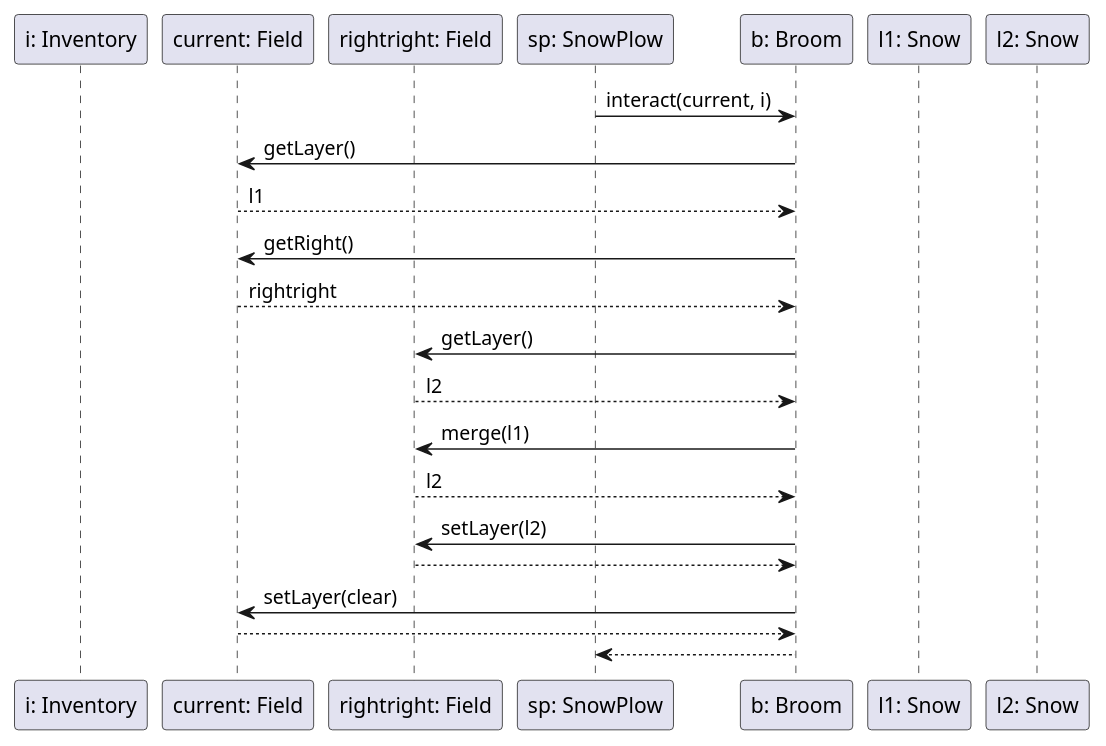
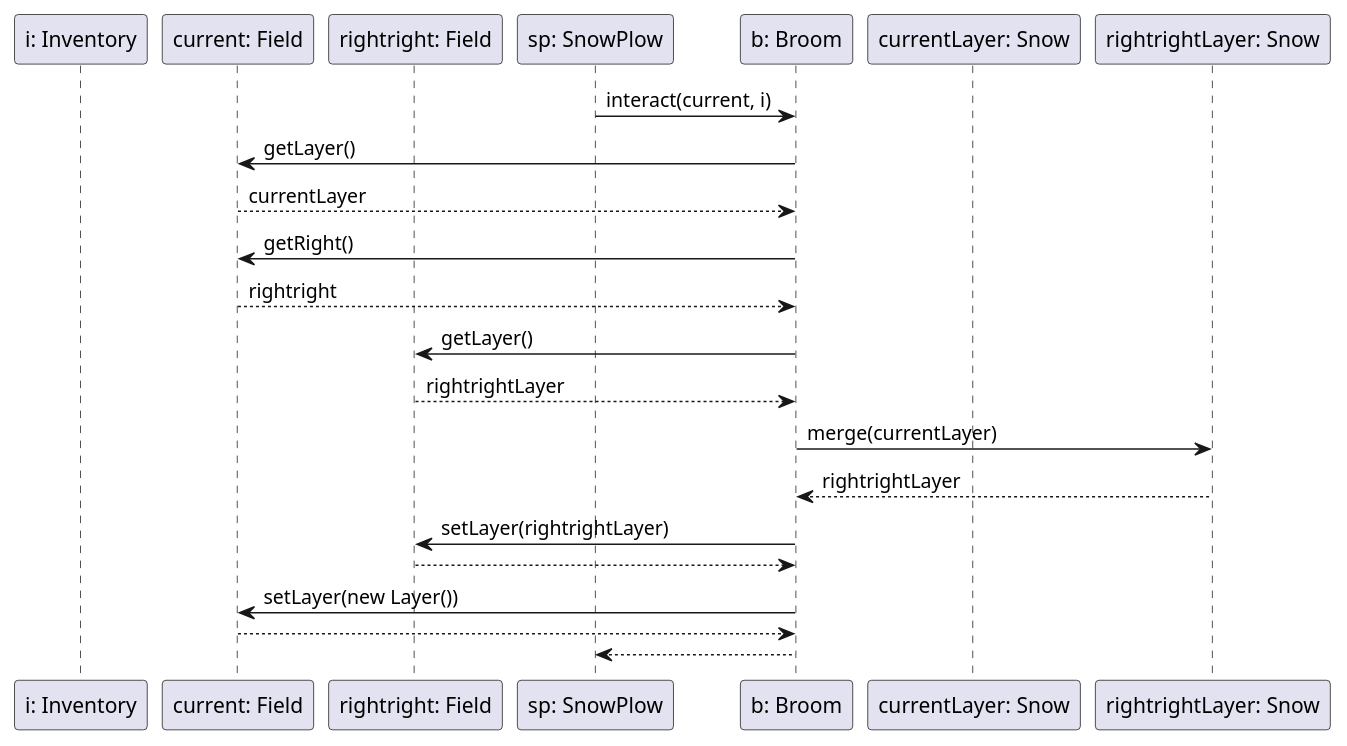
One commit to uhrinandor/spring changed the diagram in docs/analizis1/sequence/broom_fej_interact.plantuml. Above: the diagram before and after it, drawn with PlantUML. The commit also changed 7 other files, not shown here.

Commit message:
szekvenciak broom_fej_interact, brush_snow, bus_collector, dragon_snow, hokotro_pontadas, melt, spshop javitasa

```diff
--- a/docs/analizis1/sequence/broom_fej_interact.plantuml
+++ b/docs/analizis1/sequence/broom_fej_interact.plantuml
@@ -1,24 +1,24 @@
 participant "i: Inventory"
 participant "current: Field"
 participant "rightright: Field"
 participant "sp: SnowPlow"
 participant "b: Broom"
-participant "l1: Snow"
-participant "l2: Snow"
+participant "currentLayer: Snow"
+participant "rightrightLayer: Snow"
 
 
 
 "sp: SnowPlow" -> "b: Broom" : interact(current, i)
 "b: Broom" -> "current: Field" : getLayer()
-"current: Field" -->"b: Broom": l1
+"current: Field" -->"b: Broom": currentLayer
 "b: Broom" -> "current: Field": getRight()
 "current: Field" --> "b: Broom": rightright
 "b: Broom" -> "rightright: Field": getLayer()
-"rightright: Field" --> "b: Broom" : l2
-"b: Broom" -> "rightright: Field": merge(l1)
-"rightright: Field" --> "b: Broom": l2
-"b: Broom" -> "rightright: Field": setLayer(l2)
+"rightright: Field" --> "b: Broom" : rightrightLayer
+"b: Broom" -> "rightrightLayer: Snow": merge(currentLayer)
+"rightrightLayer: Snow" --> "b: Broom": rightrightLayer
+"b: Broom" -> "rightright: Field": setLayer(rightrightLayer)
 "rightright: Field" --> "b: Broom"
-"b: Broom" -> "current: Field": setLayer(clear)
+"b: Broom" -> "current: Field": setLayer(new Layer())
 "current: Field" -->"b: Broom"
 "b: Broom" --> "sp: SnowPlow"
```
